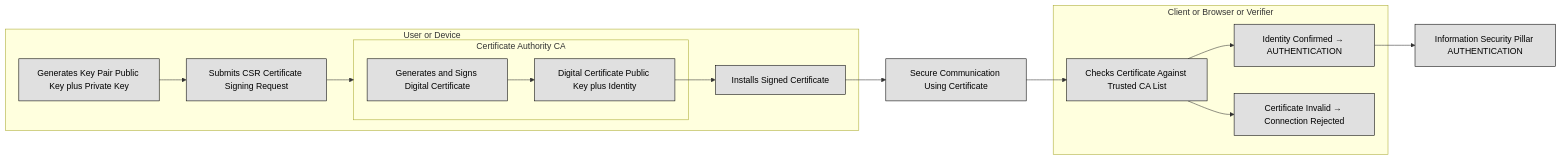
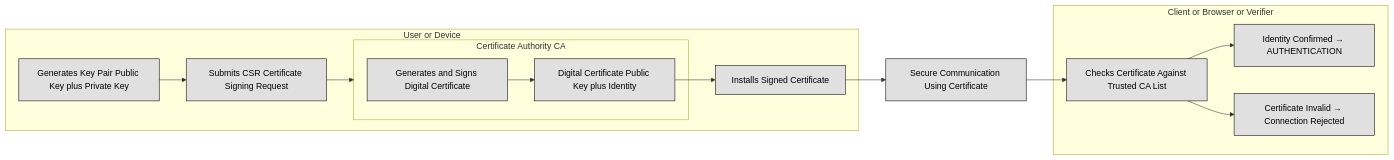
Before and after one commit to lorenzoleonelli/CISSP-Zero-to-Hero: the fourth of 4 diagrams in DOMAIN3: Security Architecture and Engineering/3.06 Select and determine cryptographic solutions.md, drawn with Mermaid. The commit also changed other lines of this file, not shown here.

````diff
--- a/DOMAIN3: Security Architecture and Engineering/3.06 Select and determine cryptographic solutions.md
+++ b/DOMAIN3: Security Architecture and Engineering/3.06 Select and determine cryptographic solutions.md
@@ -575,27 +575,23 @@
 ```mermaid
 flowchart LR
     subgraph CA["Certificate Authority CA"]
         C1[Generates and Signs Digital Certificate] --> Cert[Digital Certificate Public Key plus Identity]
     end
 
     subgraph User["User or Device"]
         Request[Generates Key Pair Public Key plus Private Key] --> C2[Submits CSR Certificate Signing Request]
         C2 --> CA
         Cert --> Install[Installs Signed Certificate]
     end
 
     subgraph RelyingParty["Client or Browser or Verifier"]
         Verify[Checks Certificate Against Trusted CA List] --> Valid[Identity Confirmed → AUTHENTICATION]
         Verify --> Invalid[Certificate Invalid → Connection Rejected]
     end
 
     Install --> Comm[Secure Communication Using Certificate]
     Comm --> Verify
 
-    %% Security Pillar Note
-    Pillar[Information Security Pillar AUTHENTICATION]
-    Valid --> Pillar
-
     classDef center fill:#ffffff,color:#000000,stroke:#000000,stroke-width:1px,font-weight:bold
     classDef node fill:#e0e0e0,color:#000000,stroke:#000000,stroke-width:1px
 ```
````
